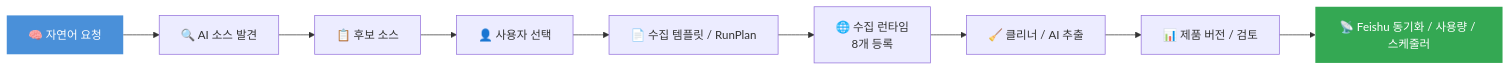
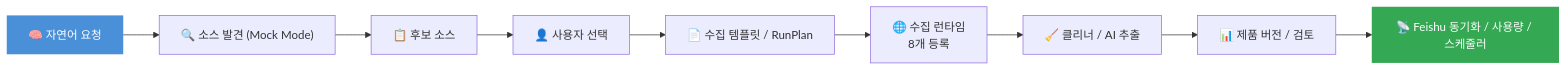
Before and after one commit to a672780966/Competitive-Product-Intelligence-System: the first of 2 diagrams in docs/README.ko.md, drawn with Mermaid. The commit also changed other lines of this file and 23 other files, not shown here.

````diff
--- a/docs/README.ko.md
+++ b/docs/README.ko.md
@@ -34,14 +35,14 @@
 ```mermaid
 flowchart LR
-    A["🧠 자연어 요청"] --> B["🔍 AI 소스 발견"]
+    A["🧠 자연어 요청"] --> B["🔍 소스 발견 (Mock Mode)"]
     B --> C["📋 후보 소스"]
     C --> D["👤 사용자 선택"]
     D --> E["📄 수집 템플릿 / RunPlan"]
     E --> F["🌐 수집 런타임<br/>8개 등록"]
     F --> G["🧹 클리너 / AI 추출"]
     G --> H["📊 제품 버전 / 검토"]
     H --> I["📡 Feishu 동기화 / 사용량 / 스케줄러"]
 
     style A fill:#4A90D9,color:#fff,stroke:none
     style I fill:#34A853,color:#fff,stroke:none
 ```
````
